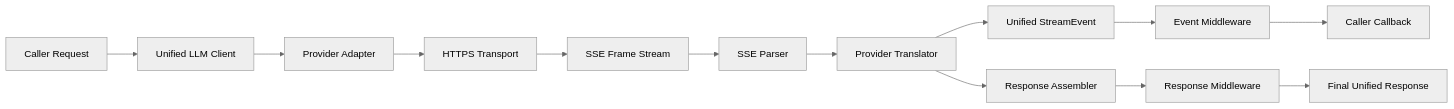
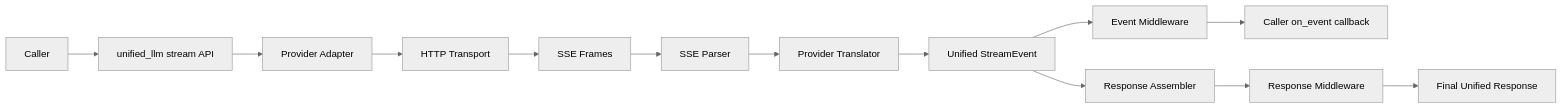
Before and after one commit to jaytaylor/attractor-tcl: the fourth of 5 diagrams in docs/sprints/SPRINT-005-comprehensive-implementation-plan.md, drawn with Mermaid (neutral theme). The commit also changed other lines of this file, not shown here.

````diff
--- a/docs/sprints/SPRINT-005-comprehensive-implementation-plan.md
+++ b/docs/sprints/SPRINT-005-comprehensive-implementation-plan.md
@@ -642,15 +1695,15 @@
 ```mermaid
 flowchart LR
-  A[Caller Request] --> B[Unified LLM Client]
+  A[Caller] --> B[unified_llm stream API]
   B --> C[Provider Adapter]
-  C --> D[HTTPS Transport]
-  D --> E[SSE Frame Stream]
+  C --> D[HTTP Transport]
+  D --> E[SSE Frames]
   E --> F[SSE Parser]
   F --> G[Provider Translator]
   G --> H[Unified StreamEvent]
   H --> I[Event Middleware]
-  I --> J[Caller Callback]
-  G --> K[Response Assembler]
+  I --> J[Caller on_event callback]
+  H --> K[Response Assembler]
   K --> L[Response Middleware]
   L --> M[Final Unified Response]
 ```
````
